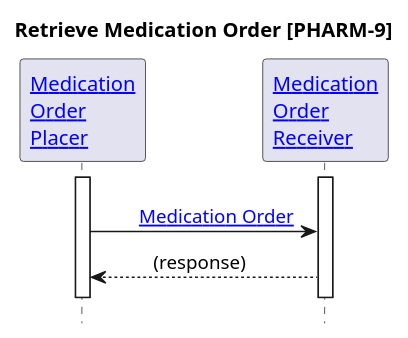
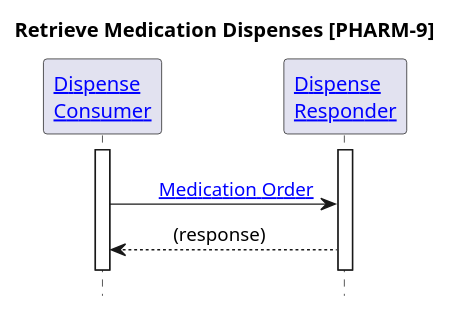
One commit to IHE/pharm-mpd changed the diagram in input/images-source/pharm-9.plantuml. Above: the diagram before and after it, drawn with PlantUML. The commit also changed 39 other files, not shown here.

```diff
--- a/input/images-source/pharm-9.plantuml
+++ b/input/images-source/pharm-9.plantuml
@@ -1,23 +1,23 @@
 @startuml
 
 hide footbox
 
 '!include ./style.iuml
 
-Title Retrieve Medication Order [PHARM-9]
+Title Retrieve Medication Dispenses [PHARM-9]
 
-Participant "[[actors_and_transactions.html#order-placer Medication\nOrder\nPlacer]]" as OP
-Participant "[[actors_and_transactions.html#order-receiver Medication\nOrder\nReceiver]]" as OF
+Participant "[[actors-transactions.html#dispense-consumer Dispense\nConsumer]]" as OP
+Participant "[[actors-transactions.html#dispense-responder Dispense\nResponder]]" as OF
 
 activate OP
 activate OF
 
 OP -[hidden]> OF
 OP -> OF: \t[[StructureDefinition-IHEMedicationOrder.html{Medication Order} Medication Order]]
 OP <-- OF: \t(response)\t
 OP -[hidden]> OF
 
 deactivate OP
 deactivate OF
 
 @enduml
```
